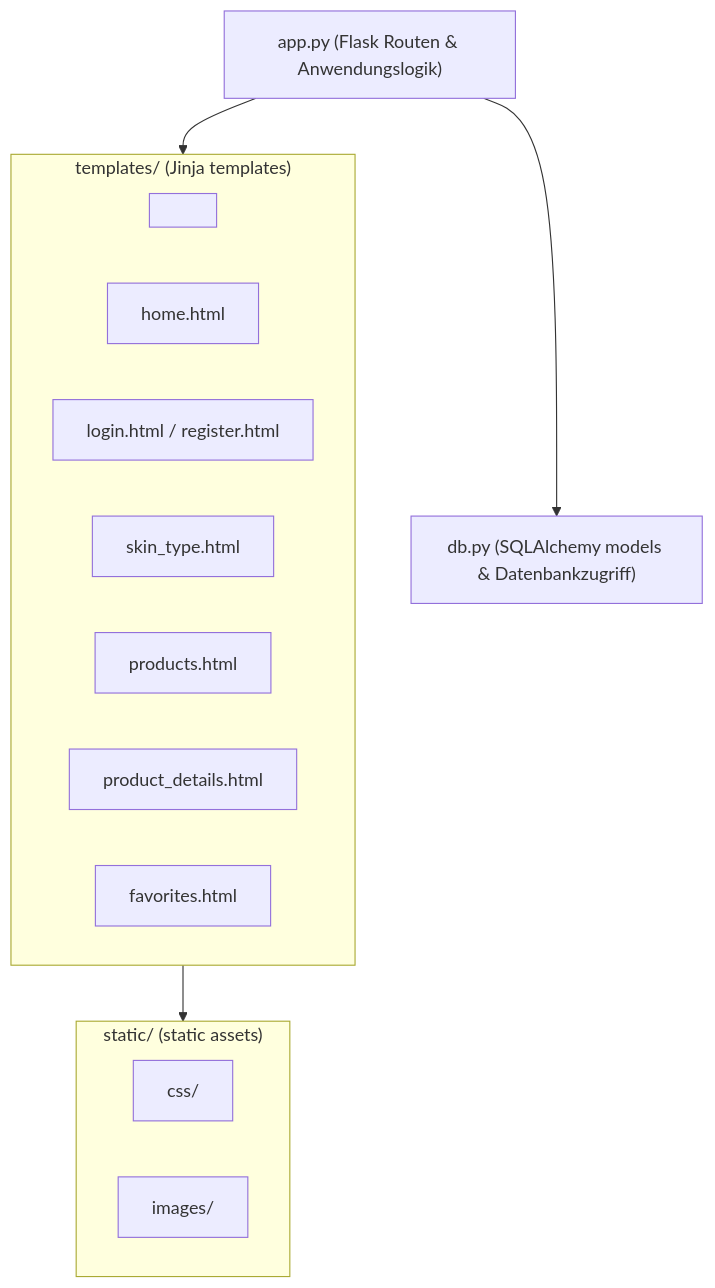
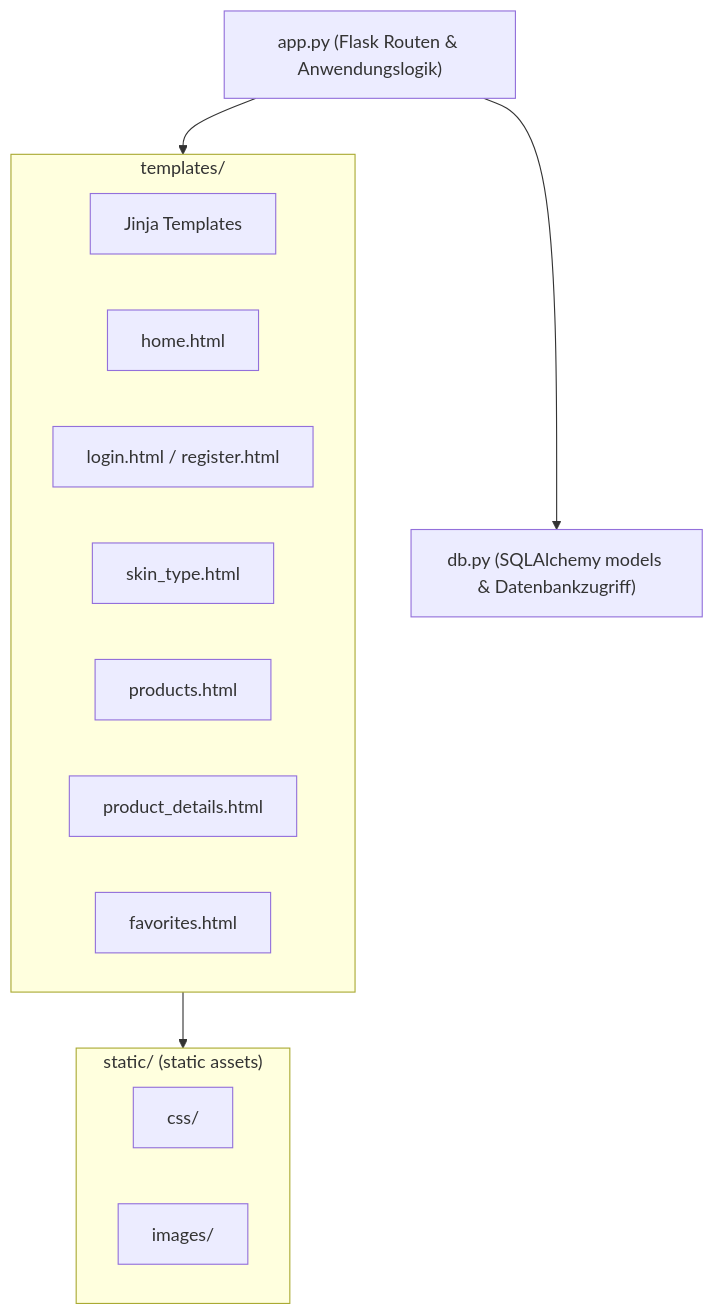
Before and after one commit to Tiberja/SkinSense: the diagram in docs/technical-docs/architecture.md, drawn with Mermaid.

````diff
--- a/docs/technical-docs/architecture.md
+++ b/docs/technical-docs/architecture.md
@@ -39,24 +39,24 @@
 ```mermaid
 graph TD
     app["app.py (Flask Routen & Anwendungslogik)"]
     db["db.py (SQLAlchemy models & Datenbankzugriff)"]
 
-    subgraph Templates["templates/ (Jinja templates)"]
-      spacer[" "]
+    subgraph Templates["templates/"]
+      label["Jinja Templates"]
       t_home["home.html"]
       t_login["login.html / register.html"]
       t_skin["skin_type.html"]
       t_products["products.html"]
       t_details["product_details.html"]
       t_fav["favorites.html"]
     end
 
     subgraph Static["static/ (static assets)"]
       css["css/"]
       imgs["images/"]
     end
 
     app --> db
     app --> Templates
     Templates --> Static
 ```
````
